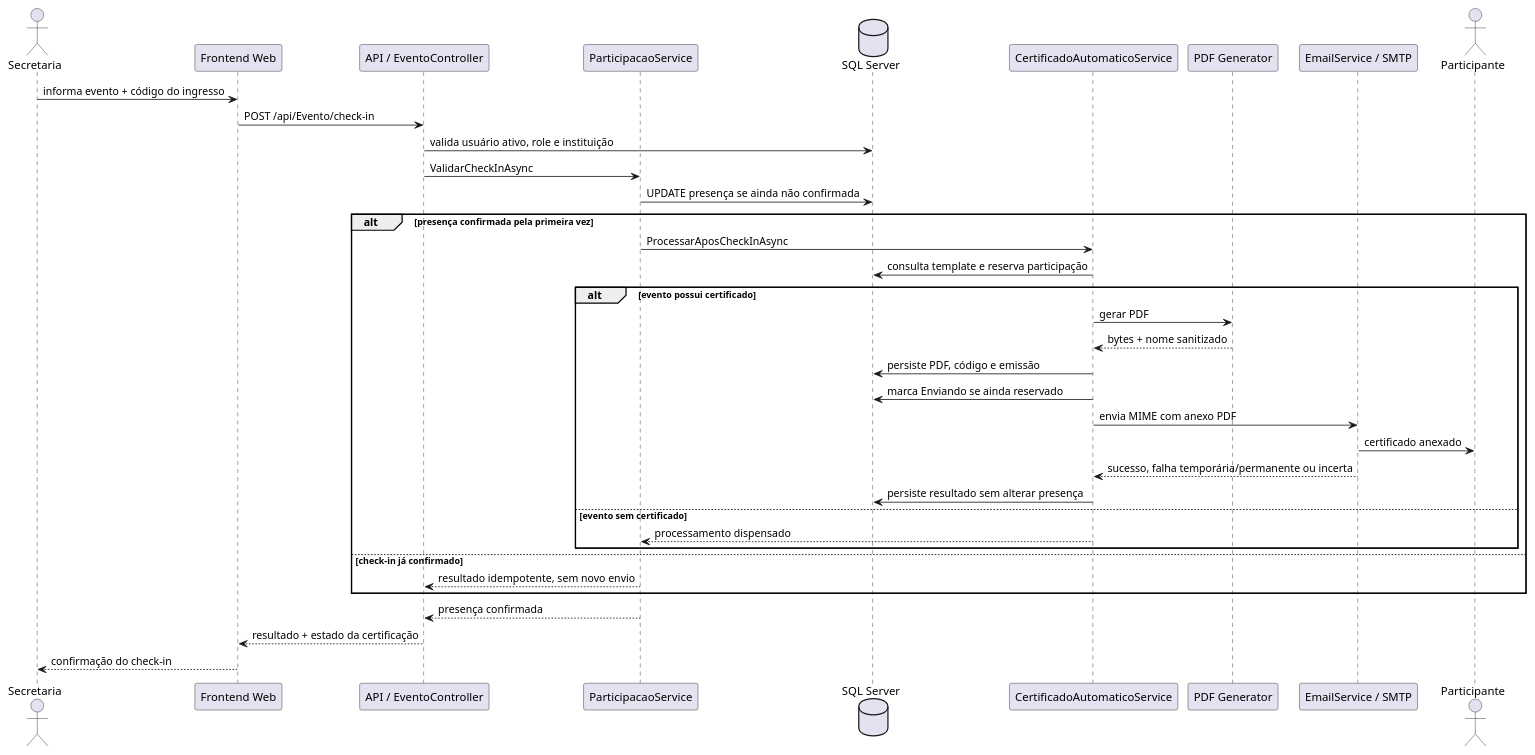
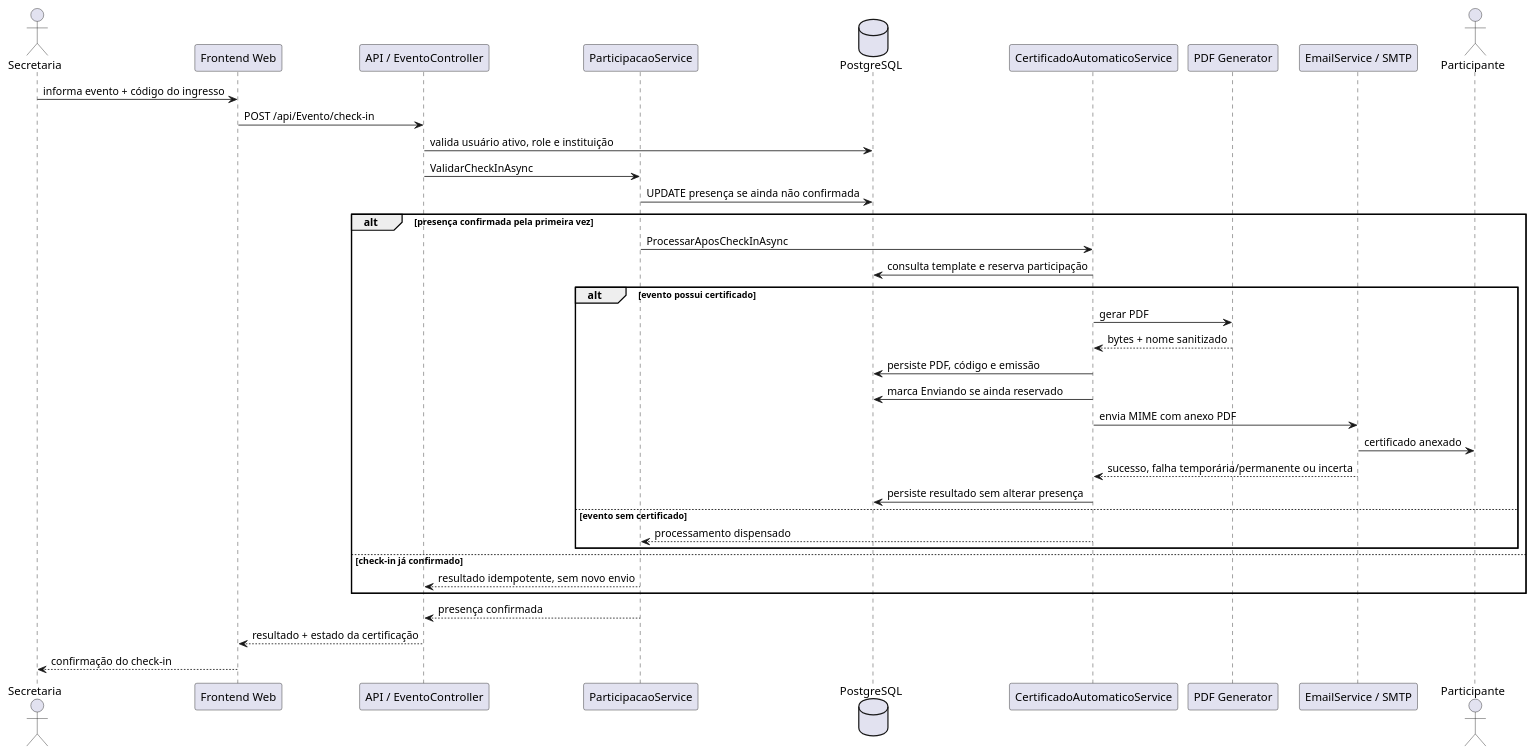
One commit to LeviNicolaDev/Unievent-Project-API changed the second of 2 diagrams in docs/CERTIFICACAO_AUTOMATICA.md. Above: the diagram before and after it, drawn with PlantUML. The commit also changed other lines of this file and 23 other files, not shown here.

Commit message:
feat: configurar hospedagem Azure e PostgreSQL

````diff
--- a/docs/CERTIFICACAO_AUTOMATICA.md
+++ b/docs/CERTIFICACAO_AUTOMATICA.md
@@ -136,40 +136,40 @@
 ```plantuml
 @startuml
 actor Secretaria
 participant "Frontend Web" as Web
 participant "API / EventoController" as API
 participant "ParticipacaoService" as CheckIn
-database "SQL Server" as DB
+database "PostgreSQL" as DB
 participant "CertificadoAutomaticoService" as Cert
 participant "PDF Generator" as PDF
 participant "EmailService / SMTP" as Email
 actor Participante
 
 Secretaria -> Web : informa evento + código do ingresso
 Web -> API : POST /api/Evento/check-in
 API -> DB : valida usuário ativo, role e instituição
 API -> CheckIn : ValidarCheckInAsync
 CheckIn -> DB : UPDATE presença se ainda não confirmada
 alt presença confirmada pela primeira vez
   CheckIn -> Cert : ProcessarAposCheckInAsync
   Cert -> DB : consulta template e reserva participação
   alt evento possui certificado
     Cert -> PDF : gerar PDF
     PDF --> Cert : bytes + nome sanitizado
     Cert -> DB : persiste PDF, código e emissão
     Cert -> DB : marca Enviando se ainda reservado
     Cert -> Email : envia MIME com anexo PDF
     Email -> Participante : certificado anexado
     Email --> Cert : sucesso, falha temporária/permanente ou incerta
     Cert -> DB : persiste resultado sem alterar presença
   else evento sem certificado
     Cert --> CheckIn : processamento dispensado
   end
 else check-in já confirmado
   CheckIn --> API : resultado idempotente, sem novo envio
 end
 CheckIn --> API : presença confirmada
 API --> Web : resultado + estado da certificação
 Web --> Secretaria : confirmação do check-in
 @enduml
 ```
````
